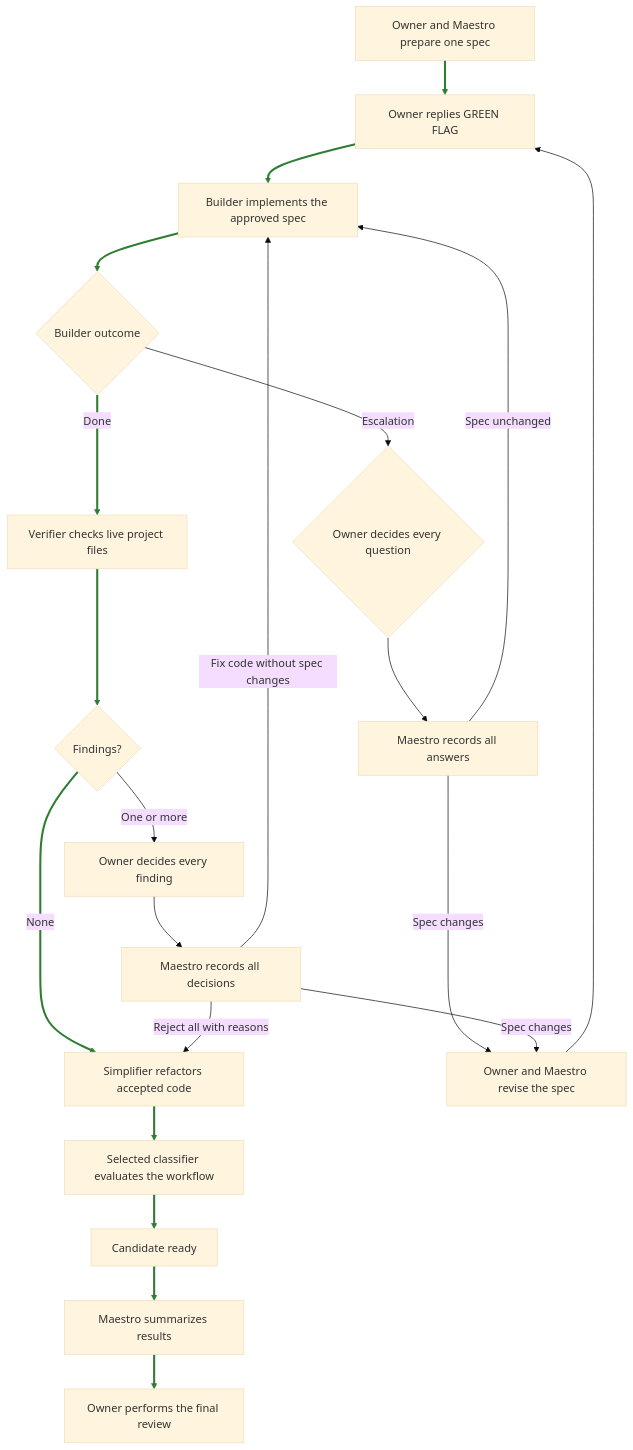
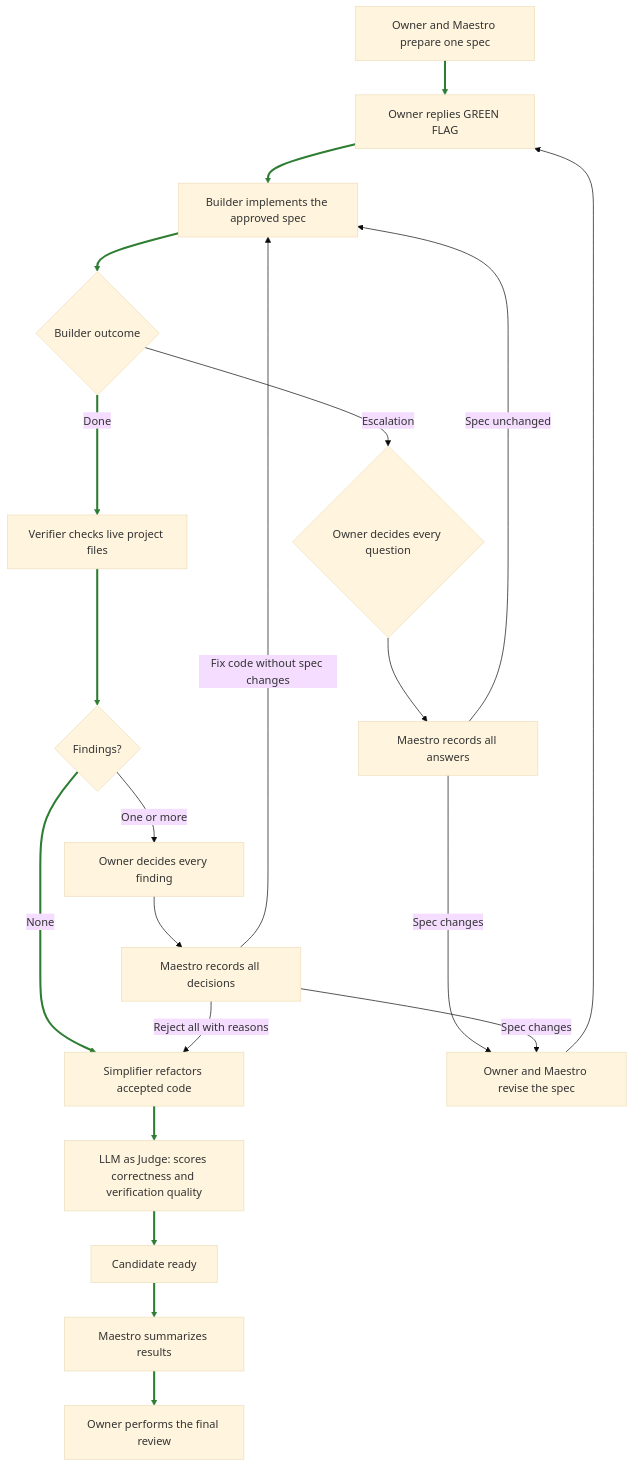
The diagram in docs/workflow.md (emilioSp/pi-maestro), drawn with Mermaid (base theme) before and after one commit. The commit also changed other lines of this file and 5 other files, not shown here.

````diff
--- a/docs/workflow.md
+++ b/docs/workflow.md
@@ -49,35 +7,35 @@
 ```mermaid
 flowchart TD
     spec[Owner and Maestro prepare one spec]
     approval[Owner replies GREEN FLAG]
     build[Builder implements the approved spec]
     buildOutcome{Builder outcome}
     verify[Verifier checks live project files]
     findings{Findings?}
     simplify[Simplifier refactors accepted code]
-    evaluate[Selected classifier evaluates the workflow]
+    evaluate["LLM as Judge: scores correctness and verification quality"]
     candidate[Candidate ready]
     summary[Maestro summarizes results]
     review[Owner performs the final review]
     spec --> approval
     approval --> build
     build --> buildOutcome
     buildOutcome -->|Done| verify
     verify --> findings
     findings -->|None| simplify
     buildOutcome -->|Escalation| ownerEscalation{Owner decides every question}
     ownerEscalation --> recordEscalation[Maestro records all answers]
     recordEscalation -->|Spec unchanged| build
     recordEscalation -->|Spec changes| reviseSpec[Owner and Maestro revise the spec]
     reviseSpec --> approval
     findings -->|One or more| ownerFindings[Owner decides every finding]
     ownerFindings --> recordFindings[Maestro records all decisions]
     recordFindings -->|Reject all with reasons| simplify
     recordFindings -->|Fix code without spec changes| build
     recordFindings -->|Spec changes| reviseSpec
     simplify --> evaluate
     evaluate --> candidate
     candidate --> summary
     summary --> review
     linkStyle 0,1,2,3,4,5,16,17,18,19 stroke: #2e7d32, stroke-width: 3px
 ```
````
